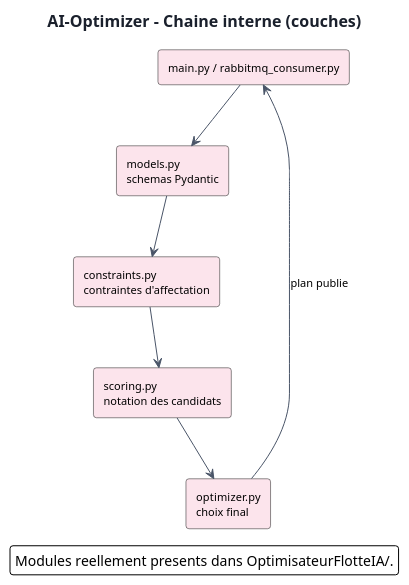
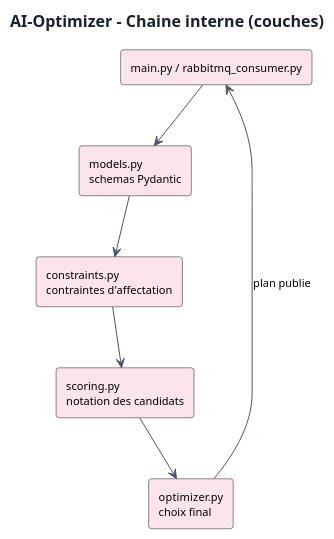
One commit to saber-barhoumi/Xpark-gmao changed the diagram in docs/diagrams/microservices/AI-Optimizer/AI-Optimizer-service-flow.puml. Above: the diagram before and after it, drawn with PlantUML. The commit also changed 192 other files, not shown here.

First line of the commit message:
docs(uml): mise aux normes academiques des diagrammes des microservices

```diff
--- a/docs/diagrams/microservices/AI-Optimizer/AI-Optimizer-service-flow.puml
+++ b/docs/diagrams/microservices/AI-Optimizer/AI-Optimizer-service-flow.puml
@@ -1,33 +1,30 @@
 @startuml
+skinparam style strictuml
 skinparam backgroundColor #FFFFFF
 skinparam shadowing false
 skinparam defaultFontName Verdana
 skinparam defaultFontSize 11
 skinparam roundCorner 6
 skinparam ArrowColor #4A5568
 skinparam TitleFontSize 16
 skinparam TitleFontColor #1A202C
 skinparam NoteBackgroundColor #FFF8DC
 skinparam NoteBorderColor #D6BF7A
 skinparam componentStyle rectangle
 
 title AI-Optimizer - Chaine interne (couches)
 
 skinparam componentStyle rectangle
 
 rectangle "main.py / rabbitmq_consumer.py" as A #FCE4EC
 rectangle "models.py\nschemas Pydantic" as B #FCE4EC
 rectangle "constraints.py\ncontraintes d'affectation" as C #FCE4EC
 rectangle "scoring.py\nnotation des candidats" as D #FCE4EC
 rectangle "optimizer.py\nchoix final" as E #FCE4EC
 A --> B
 B --> C
 C --> D
 D --> E
 E --> A : plan publie
 
-legend right
-Modules reellement presents dans OptimisateurFlotteIA/.
-endlegend
-
 @enduml
```
